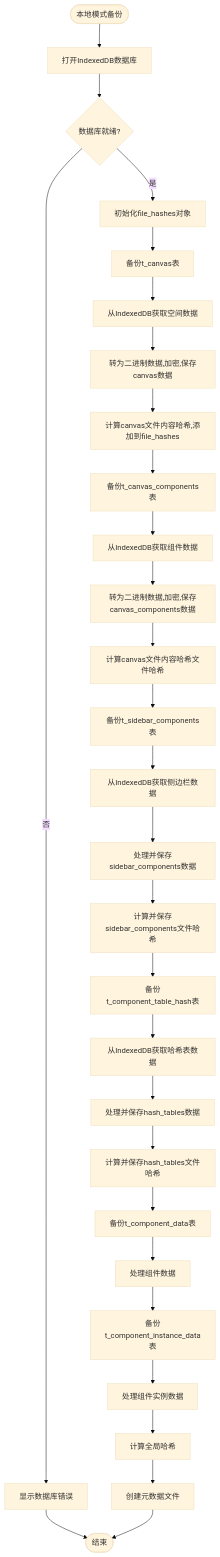
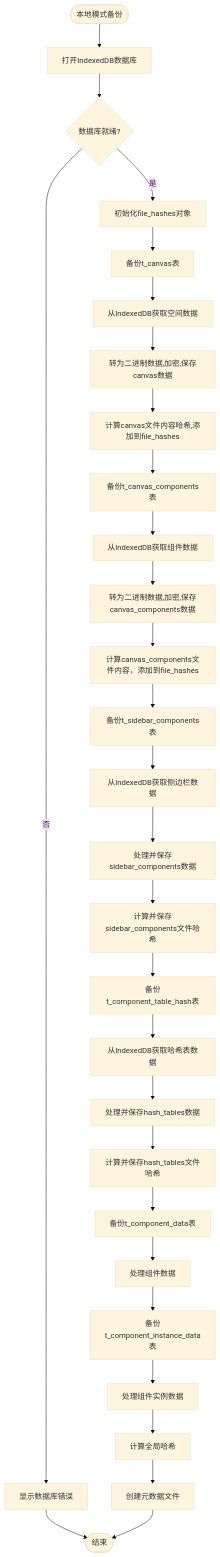
Before and after one commit to yingjianzh/iodraw-files: the diagram in all/未命名-56.md, drawn with Mermaid (base theme).

Commit message:
2025-05-12 14:14:58 update

````diff
--- a/all/未命名-56.md
+++ b/all/未命名-56.md
@@ -1,44 +1,44 @@
 ```mermaid
 
 flowchart TD
     Start([本地模式备份]) --> OpenDB[打开IndexedDB数据库]
     OpenDB --> DBReady{数据库就绪?}
     
     DBReady -->|否| ShowDBError[显示数据库错误]
     DBReady -->|是| InitHashObject[初始化file_hashes对象]
     
     ShowDBError --> End([结束])
     
     InitHashObject --> BackupCanvas[备份t_canvas表]
     BackupCanvas --> GetCanvasFromDB[从IndexedDB获取空间数据]
     GetCanvasFromDB --> ProcessCanvasFile[转为二进制数据,加密,保存canvas数据]
     ProcessCanvasFile --> AddCanvasHash[计算canvas文件内容哈希,添加到file_hashes]
     
     AddCanvasHash --> BackupCanvasComps[备份t_canvas_components表]
     BackupCanvasComps --> GetCanvasCompsFromDB[从IndexedDB获取组件数据]
     GetCanvasCompsFromDB --> ProcessCanvasCompsFile[转为二进制数据,加密,保存canvas_components数据]
-    ProcessCanvasCompsFile --> AddCanvasCompsHash[计算canvas文件内容哈希文件哈希]
+    ProcessCanvasCompsFile --> AddCanvasCompsHash[计算canvas_components文件内容，添加到file_hashes]
     
     AddCanvasCompsHash --> BackupSidebarComps[备份t_sidebar_components表]
     BackupSidebarComps --> GetSidebarCompsFromDB[从IndexedDB获取侧边栏数据]
     GetSidebarCompsFromDB --> ProcessSidebarCompsFile[处理并保存sidebar_components数据]
     ProcessSidebarCompsFile --> AddSidebarCompsHash[计算并保存sidebar_components文件哈希]
     
     AddSidebarCompsHash --> BackupHashTables[备份t_component_table_hash表]
     BackupHashTables --> GetHashTablesFromDB[从IndexedDB获取哈希表数据]
     GetHashTablesFromDB --> ProcessHashTablesFile[处理并保存hash_tables数据]
     ProcessHashTablesFile --> AddHashTablesHash[计算并保存hash_tables文件哈希]
     
     AddHashTablesHash --> BackupCompData[备份t_component_data表]
     BackupCompData --> ProcessCompData[处理组件数据]
     
     ProcessCompData --> BackupInstData[备份t_component_instance_data表]
     BackupInstData --> ProcessInstData[处理组件实例数据]
     
     ProcessInstData --> CalculateGlobalHash[计算全局哈希]
     CalculateGlobalHash --> CreateMetadataFile[创建元数据文件]
     
     CreateMetadataFile --> End
 
 
 ```
````
